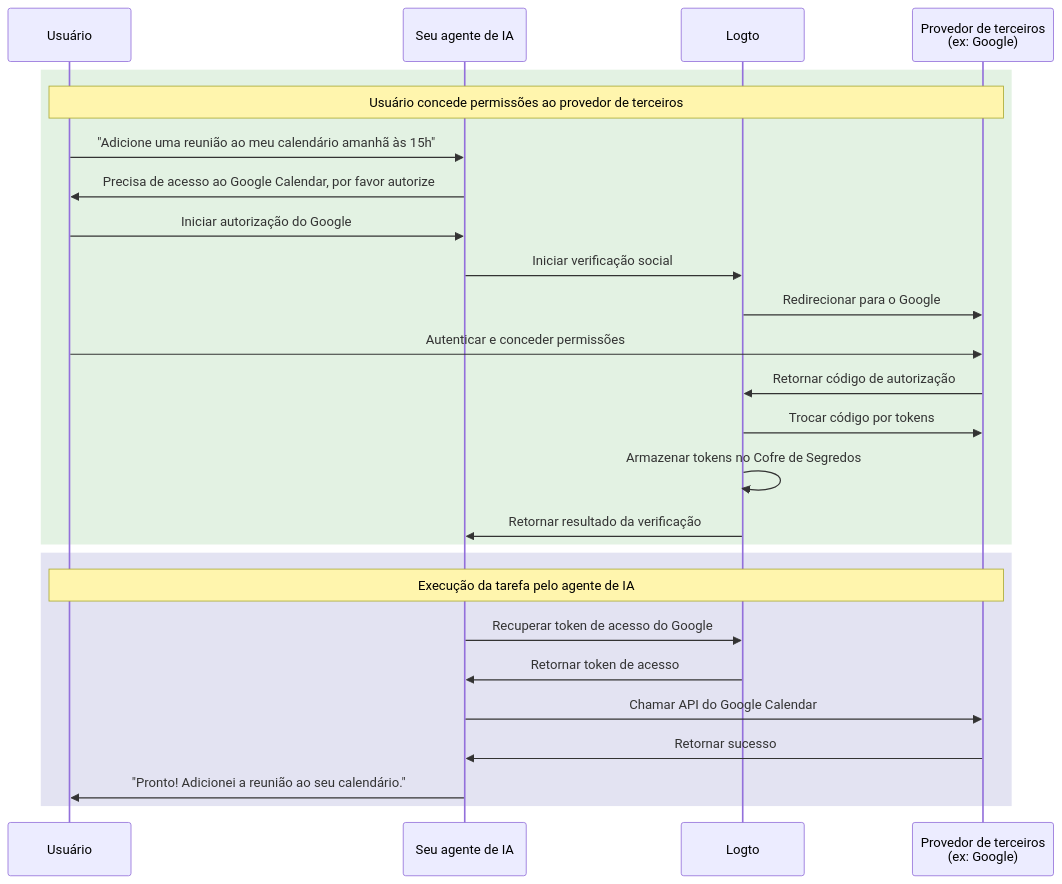
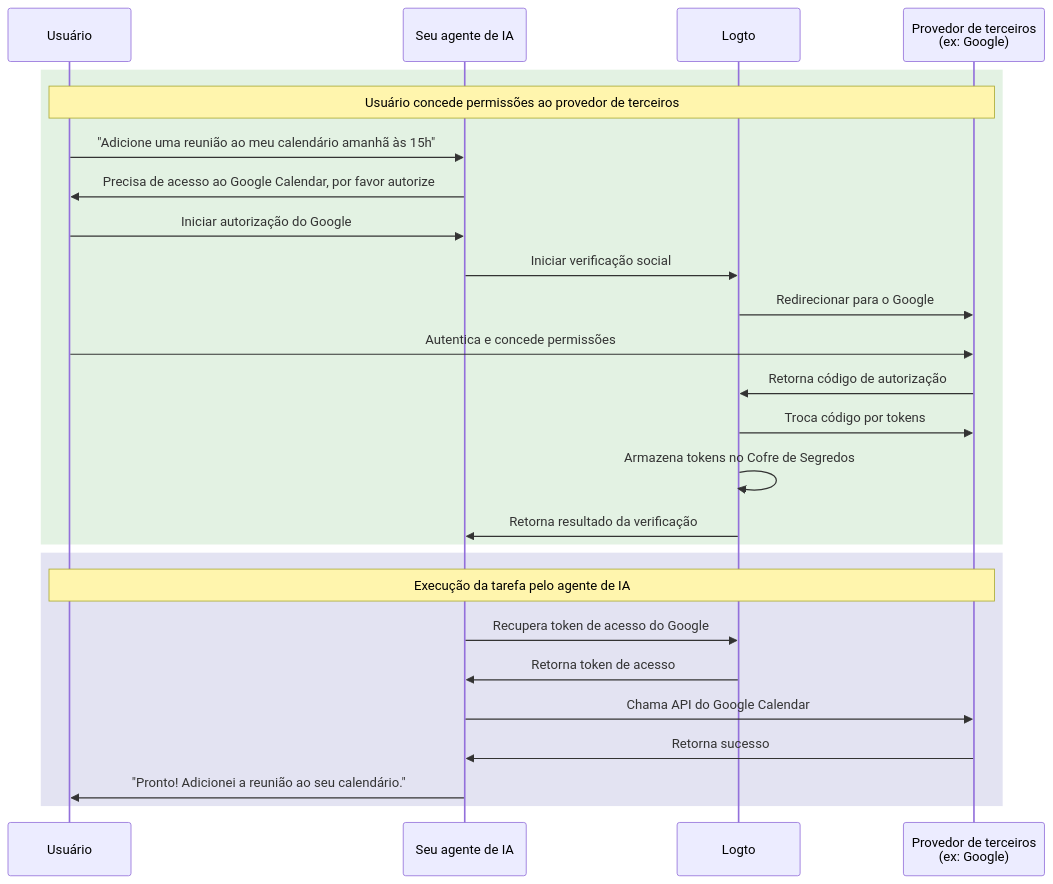
The diagram in i18n/pt-BR/docusaurus-plugin-content-docs/current/use-cases/ai/connect-your-agent-to-third-party-apis.mdx (logto-io/docs), drawn with Mermaid before and after one commit. The commit also changed other lines of this file and 89 other files, not shown here.

````diff
--- a/i18n/pt-BR/docusaurus-plugin-content-docs/current/use-cases/ai/connect-your-agent-to-third-party-apis.mdx
+++ b/i18n/pt-BR/docusaurus-plugin-content-docs/current/use-cases/ai/connect-your-agent-to-third-party-apis.mdx
@@ -32,30 +36,30 @@
 ```mermaid
 sequenceDiagram
     participant User as Usuário
     participant Agent as Seu agente de IA
     participant Logto
     participant Google as Provedor de terceiros<br/>(ex: Google)
 
     rect rgba(200, 230, 200, 0.5)
         Note over User, Google: Usuário concede permissões ao provedor de terceiros
         User->>Agent: "Adicione uma reunião ao meu calendário amanhã às 15h"
         Agent->>User: Precisa de acesso ao Google Calendar, por favor autorize
         User->>Agent: Iniciar autorização do Google
         Agent->>Logto: Iniciar verificação social
         Logto->>Google: Redirecionar para o Google
-        User->>Google: Autenticar e conceder permissões
-        Google->>Logto: Retornar código de autorização
-        Logto->>Google: Trocar código por tokens
-        Logto->>Logto: Armazenar tokens no Cofre de Segredos
-        Logto->>Agent: Retornar resultado da verificação
+        User->>Google: Autentica e concede permissões
+        Google->>Logto: Retorna código de autorização
+        Logto->>Google: Troca código por tokens
+        Logto->>Logto: Armazena tokens no Cofre de Segredos
+        Logto->>Agent: Retorna resultado da verificação
     end
 
     rect rgba(200, 200, 230, 0.5)
         Note over User, Google: Execução da tarefa pelo agente de IA
-        Agent->>Logto: Recuperar token de acesso do Google
-        Logto->>Agent: Retornar token de acesso
-        Agent->>Google: Chamar API do Google Calendar
-        Google->>Agent: Retornar sucesso
+        Agent->>Logto: Recupera token de acesso do Google
+        Logto->>Agent: Retorna token de acesso
+        Agent->>Google: Chama API do Google Calendar
+        Google->>Agent: Retorna sucesso
         Agent->>User: "Pronto! Adicionei a reunião ao seu calendário."
     end
 ```
````
